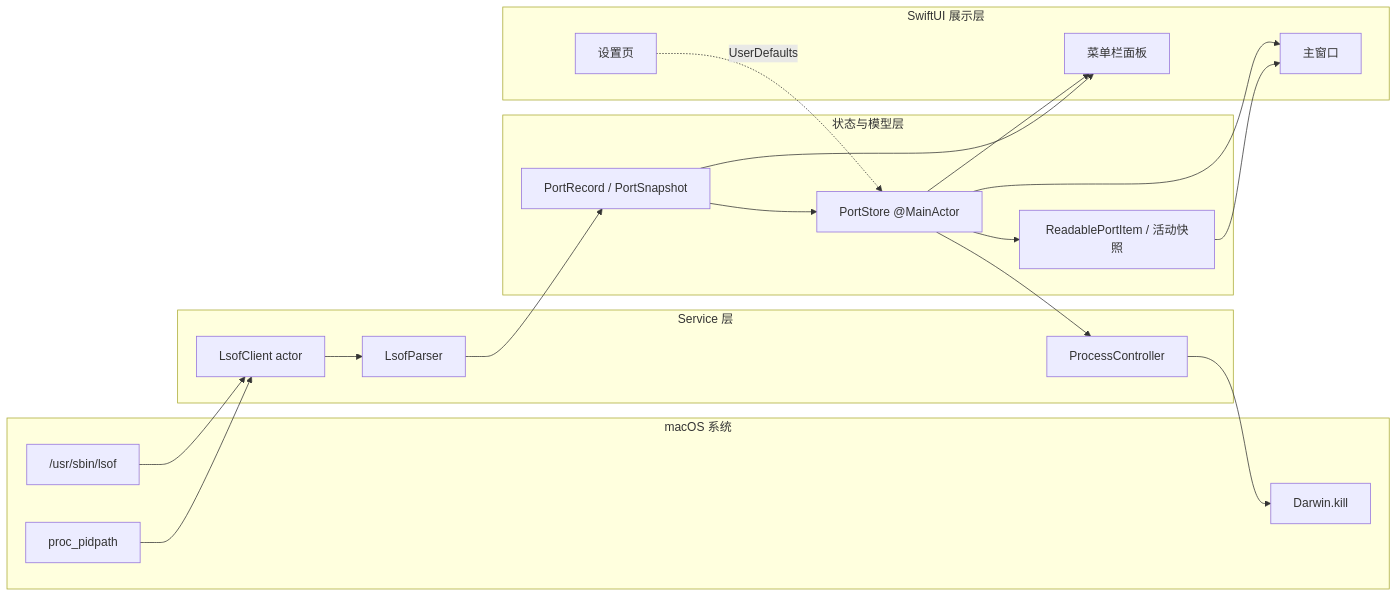
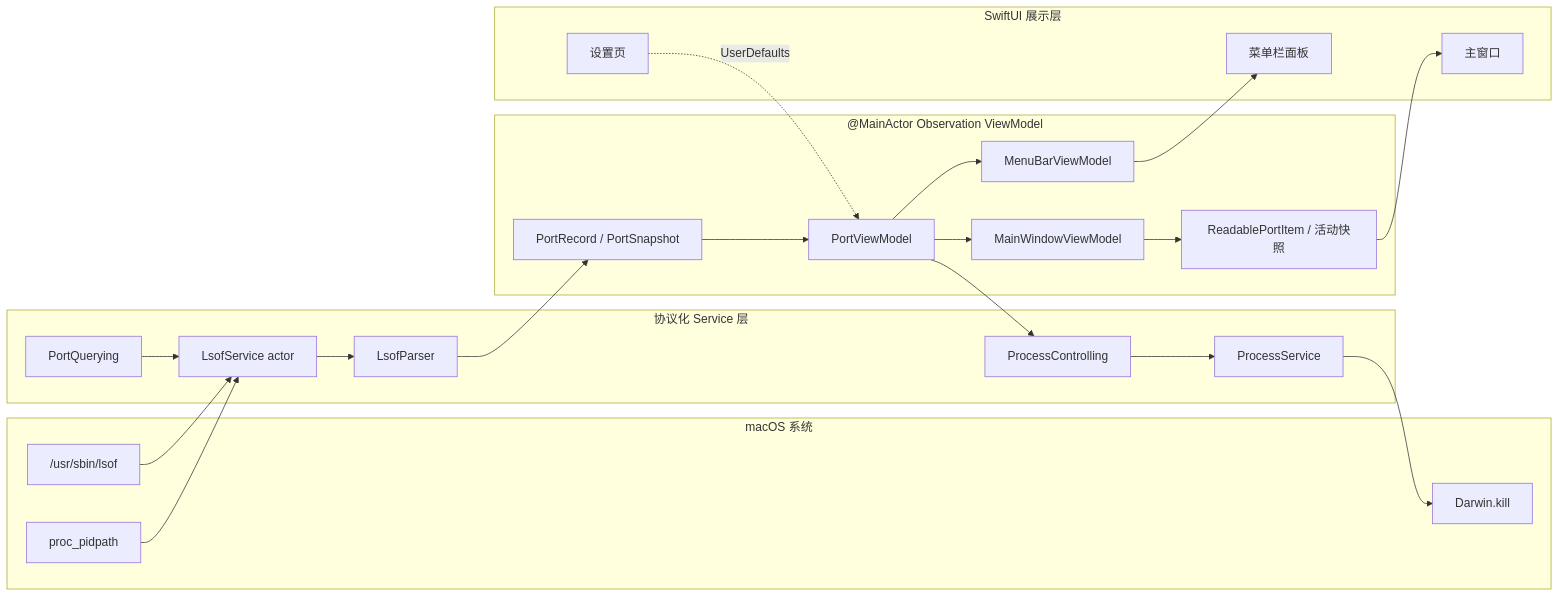
One commit to super-213/port-viewer changed the first of 2 diagrams in README.md. Above: the diagram before and after it, drawn with Mermaid. The commit also changed other lines of this file and 18 other files, not shown here.

Commit message:
refactor: 按照architecture-refactoring-requirements.md更改架构

````diff
--- a/README.md
+++ b/README.md
@@ -89,35 +89,38 @@
 ```mermaid
 flowchart LR
     subgraph System["macOS 系统"]
         LSOF["/usr/sbin/lsof"]
         PROC["proc_pidpath"]
         KILL["Darwin.kill"]
     end
 
-    subgraph Services["Service 层"]
-        CLIENT["LsofClient actor"]
+    subgraph Services["协议化 Service 层"]
+        QUERY["PortQuerying"]
+        CLIENT["LsofService actor"]
         PARSER["LsofParser"]
-        CONTROLLER["ProcessController"]
+        CONTROL["ProcessControlling"]
+        CONTROLLER["ProcessService"]
     end
 
-    subgraph State["状态与模型层"]
+    subgraph State["@MainActor Observation ViewModel"]
         RAW["PortRecord / PortSnapshot"]
-        STORE["PortStore @MainActor"]
+        STORE["PortViewModel"]
+        MAIN_VM["MainWindowViewModel"]
+        MENU_VM["MenuBarViewModel"]
         PRESENTATION["ReadablePortItem / 活动快照"]
     end
 
     subgraph UI["SwiftUI 展示层"]
         MAIN["主窗口"]
         MENU["菜单栏面板"]
         SETTINGS["设置页"]
     end
 
-    LSOF --> CLIENT --> PARSER --> RAW --> STORE --> PRESENTATION
+    LSOF --> CLIENT
     PROC --> CLIENT
-    STORE --> MAIN
-    PRESENTATION --> MAIN
-    STORE --> MENU
-    RAW --> MENU
+    QUERY --> CLIENT --> PARSER --> RAW --> STORE
+    STORE --> MAIN_VM --> PRESENTATION --> MAIN
+    STORE --> MENU_VM --> MENU
     SETTINGS -. "UserDefaults" .-> STORE
-    STORE --> CONTROLLER --> KILL
+    STORE --> CONTROL --> CONTROLLER --> KILL
 ```
````
